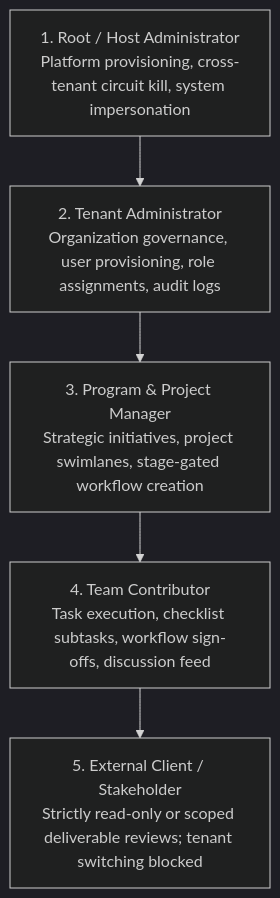
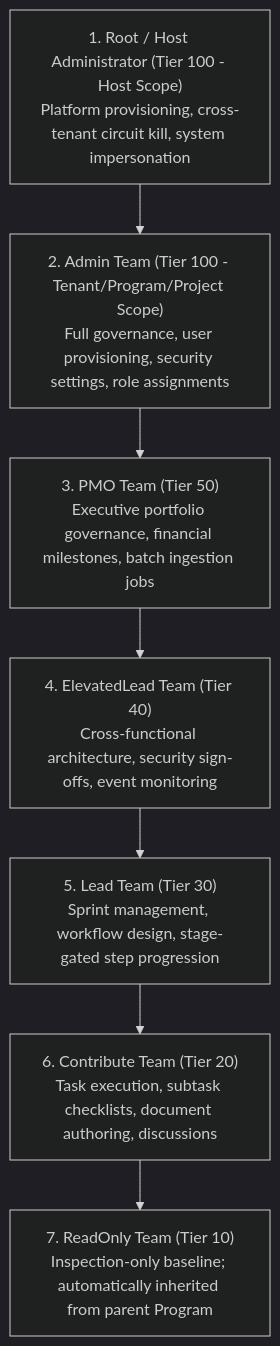
Before and after one commit to cheriansk/blazor-fluent: the first of 3 diagrams in docs/00-Overview-and-Executive-Summary.md, drawn with Mermaid (dark theme). The commit also changed other lines of this file and 392 other files, not shown here.

````diff
--- a/docs/00-Overview-and-Executive-Summary.md
+++ b/docs/00-Overview-and-Executive-Summary.md
@@ -49,13 +50,17 @@
 ```mermaid
 flowchart TD
-    Global[1. Root / Host Administrator\nPlatform provisioning, cross-tenant circuit kill, system impersonation]
-    Tenant[2. Tenant Administrator\nOrganization governance, user provisioning, role assignments, audit logs]
-    Mgr[3. Program & Project Manager\nStrategic initiatives, project swimlanes, stage-gated workflow creation]
-    Dev[4. Team Contributor\nTask execution, checklist subtasks, workflow sign-offs, discussion feed]
-    Client[5. External Client / Stakeholder\nStrictly read-only or scoped deliverable reviews; tenant switching blocked]
+    Global["1. Root / Host Administrator (Tier 100 - Host Scope)\nPlatform provisioning, cross-tenant circuit kill, system impersonation"]
+    Admin["2. Admin Team (Tier 100 - Tenant/Program/Project Scope)\nFull governance, user provisioning, security settings, role assignments"]
+    PMO["3. PMO Team (Tier 50)\nExecutive portfolio governance, financial milestones, batch ingestion jobs"]
+    ElevatedLead["4. ElevatedLead Team (Tier 40)\nCross-functional architecture, security sign-offs, event monitoring"]
+    Lead["5. Lead Team (Tier 30)\nSprint management, workflow design, stage-gated step progression"]
+    Contribute["6. Contribute Team (Tier 20)\nTask execution, subtask checklists, document authoring, discussions"]
+    ReadOnly["7. ReadOnly Team (Tier 10)\nInspection-only baseline; automatically inherited from parent Program"]
 
-    Global --> Tenant
-    Tenant --> Mgr
-    Mgr --> Dev
-    Dev --> Client
+    Global --> Admin
+    Admin --> PMO
+    PMO --> ElevatedLead
+    ElevatedLead --> Lead
+    Lead --> Contribute
+    Contribute --> ReadOnly
 ```
````
